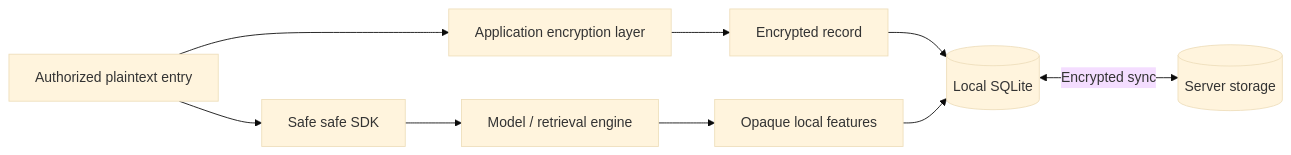
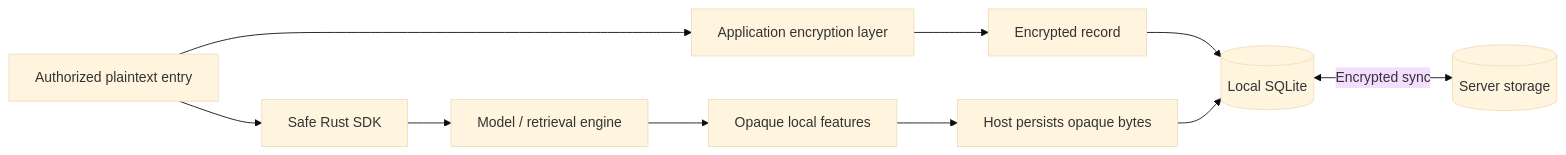
Before and after one commit to risense-ai/respire-docs: the diagram in docs/architecture.md, drawn with Mermaid (base theme). The commit also changed other lines of this file and 20 other files, not shown here.

````diff
--- a/docs/architecture.md
+++ b/docs/architecture.md
@@ -24,11 +25,12 @@
 ```mermaid
 flowchart LR
   Entry["Authorized plaintext entry"] --> Crypto["Application encryption layer"]
   Crypto --> Cipher["Encrypted record"]
   Cipher --> DB[("Local SQLite")]
-  Entry --> SDK["Safe safe SDK"]
+  Entry --> SDK["Safe Rust SDK"]
   SDK --> Core["Model / retrieval engine"]
   Core --> Artifact["Opaque local features"]
-  Artifact --> DB
+  Artifact --> Host["Host persists opaque bytes"]
+  Host --> DB
   DB <-->|Encrypted sync| Cloud[("Server storage")]
 ```
````
